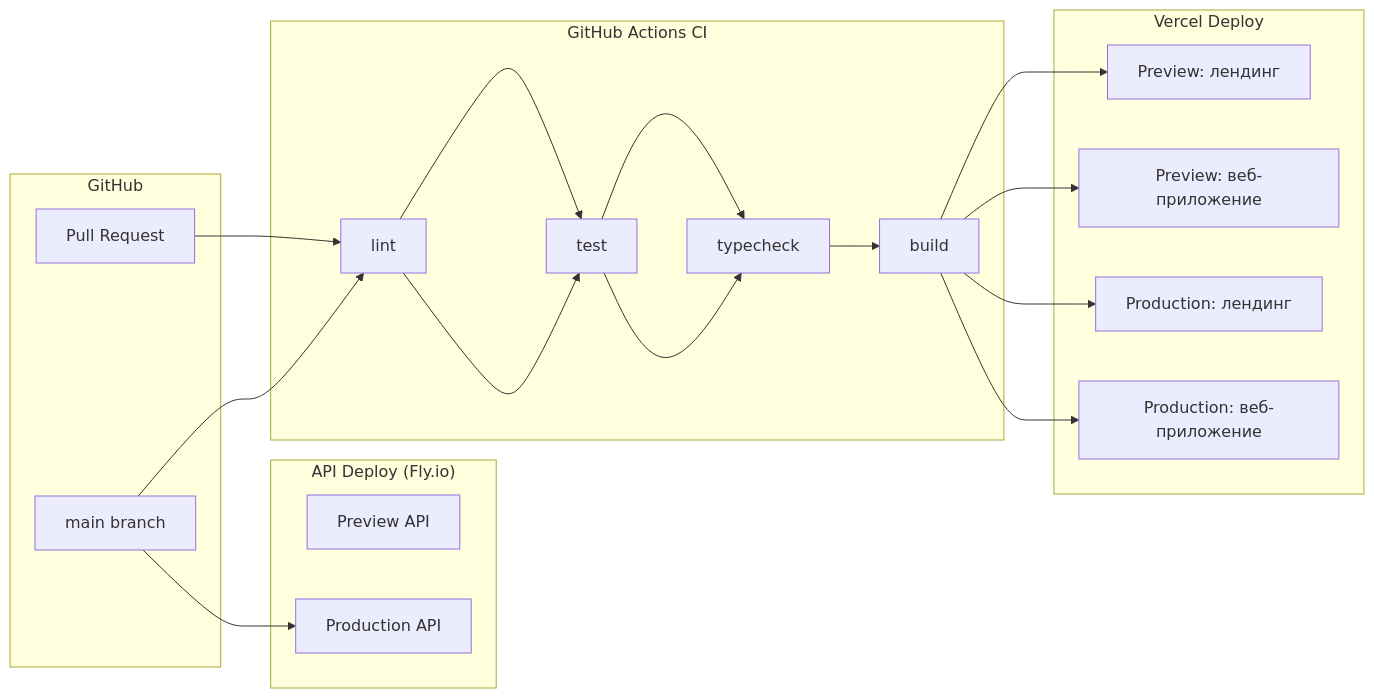
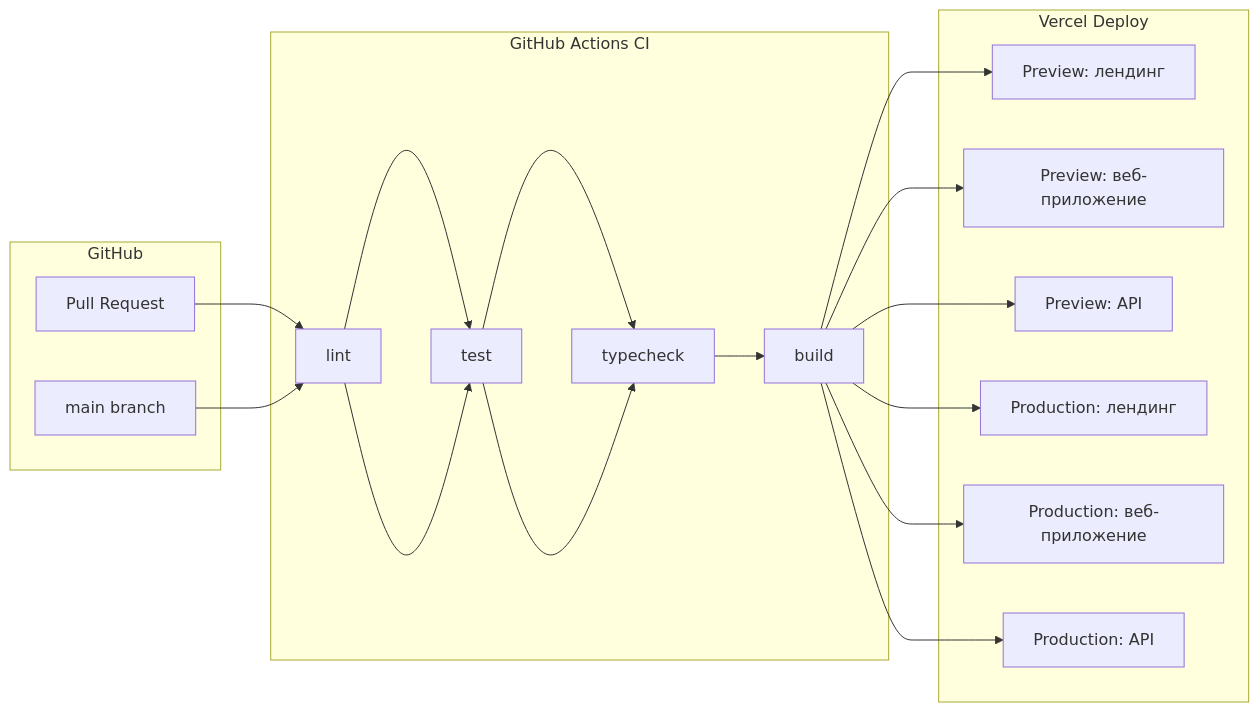
Before and after one commit to vadagama/jazz-trainer: the second of 2 diagrams in docs/DEPLOYMENT.md, drawn with Mermaid. The commit also changed other lines of this file and 98 other files, not shown here.

````diff
--- a/docs/DEPLOYMENT.md
+++ b/docs/DEPLOYMENT.md
@@ -190,39 +206,37 @@
 ```mermaid
 graph LR
     subgraph github["GitHub"]
         PR["Pull Request"]
         MAIN["main branch"]
     end
 
     subgraph ci["GitHub Actions CI"]
         LINT["lint"]
         TEST["test"]
         TYPECHECK["typecheck"]
         BUILD["build"]
     end
 
     subgraph vercel_deploy["Vercel Deploy"]
         PREV_LANDING["Preview: лендинг"]
         PREV_STUDIO["Preview: веб-приложение"]
+        PREV_API["Preview: API"]
         PROD_LANDING["Production: лендинг"]
         PROD_STUDIO["Production: веб-приложение"]
-    end
-
-    subgraph api_deploy["API Deploy (Fly.io)"]
-        PREV_API["Preview API"]
-        PROD_API["Production API"]
+        PROD_API["Production: API"]
     end
 
     PR --> LINT
     LINT --> TEST
     TEST --> TYPECHECK
     TYPECHECK --> BUILD
     BUILD --> PREV_LANDING
     BUILD --> PREV_STUDIO
+    BUILD --> PREV_API
     MAIN --> LINT
     LINT --> TEST
     TEST --> TYPECHECK
     BUILD --> PROD_LANDING
     BUILD --> PROD_STUDIO
-    MAIN --> PROD_API
+    BUILD --> PROD_API
 ```
````
